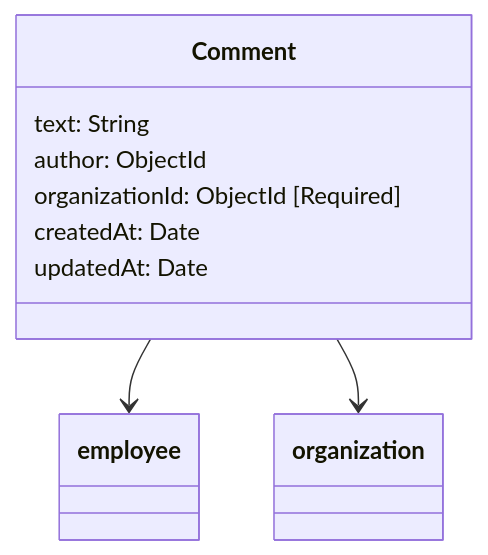
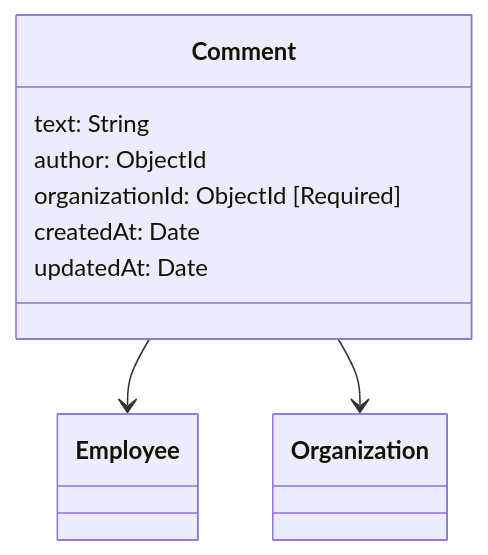
The diagram in schema-visualizations/Comment.mmd (Budeshi-Products/workflowPadi-Schemas), drawn with Mermaid before and after one commit. The commit also changed 75 other files, not shown here.

```diff
--- a/schema-visualizations/Comment.mmd
+++ b/schema-visualizations/Comment.mmd
@@ -1,11 +1,11 @@
 classDiagram
   class Comment {
     text: String
     author: ObjectId
     organizationId: ObjectId [Required]
     createdAt: Date
     updatedAt: Date
   }
 
-  Comment --> employee
-  Comment --> organization
+  Comment --> Employee
+  Comment --> Organization
```
